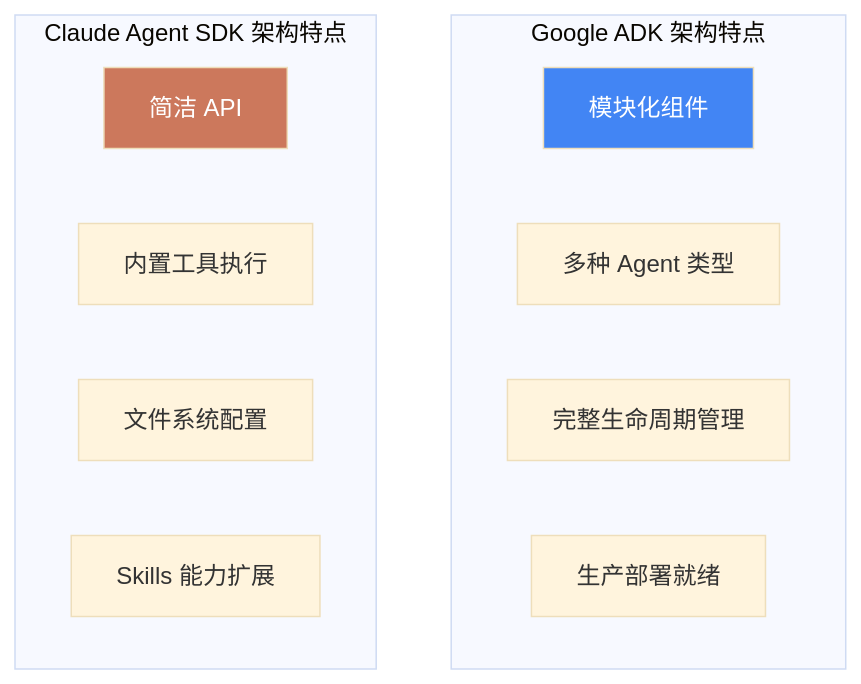
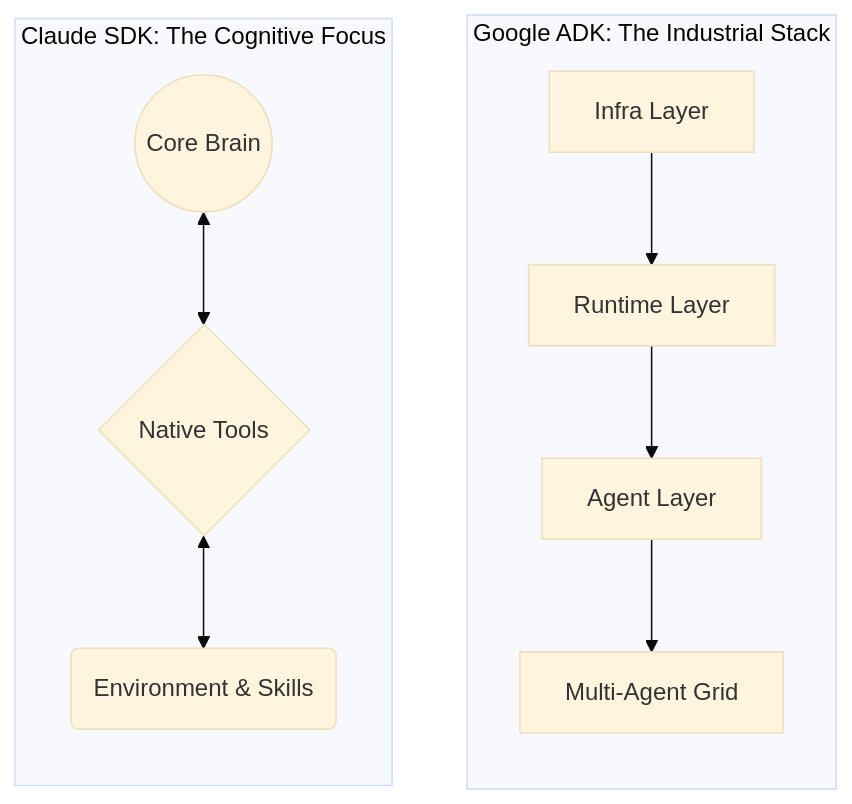
Diagram 13 of 14 in docs/research/020-agent-frameworks.md (ThreeFish-AI/agentic-ai-cognizes), drawn with Mermaid (base theme) before and after one commit. The commit also changed other lines of this file, not shown here.

First line of the commit message:
docs(Agent Frameworks): 重构横向对比章节的架构哲学与演进路线

````diff
--- a/docs/research/020-agent-frameworks.md
+++ b/docs/research/020-agent-frameworks.md
@@ -1215,19 +1220,15 @@
 ```mermaid
 graph TB
-    subgraph "Google ADK 架构特点"
-        A1[模块化组件]
-        A2[多种 Agent 类型]
-        A3[完整生命周期管理]
-        A4[生产部署就绪]
+    subgraph ADK["Google ADK: The Industrial Stack"]
+        direction TB
+        L1[Infra Layer] --> L2[Runtime Layer]
+        L2 --> L3[Agent Layer]
+        L3 --> L4[Multi-Agent Grid]
     end
 
-    subgraph "Claude Agent SDK 架构特点"
-        B1[简洁 API]
-        B2[内置工具执行]
-        B3[文件系统配置]
-        B4[Skills 能力扩展]
+    subgraph Claude["Claude SDK: The Cognitive Focus"]
+        direction TB
+        C1((Core Brain)) <--> C2{Native Tools}
+        C2 <--> C3(Environment & Skills)
     end
-
-    style A1 fill:#4285f4,color:white
-    style B1 fill:#cc785c,color:white
 ```
````
